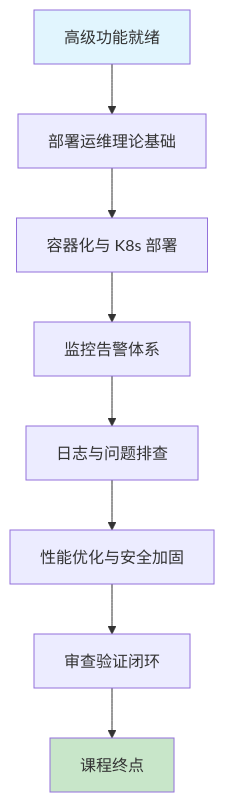
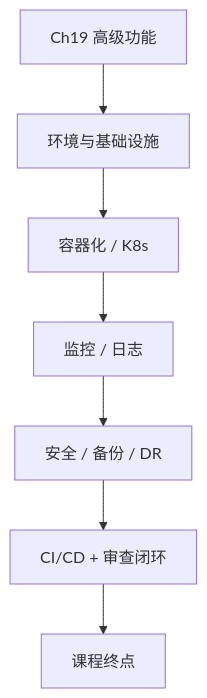
One commit to ForceInjection/AI-fundamentals changed the diagram in 10_ai_related_course/trae/第五部分-综合项目实战/第二十章-部署运维.md. Above: the diagram before and after it, drawn with Mermaid. The commit also changed other lines of this file and 3 other files, not shown here.

````diff
--- a/10_ai_related_course/trae/第五部分-综合项目实战/第二十章-部署运维.md
+++ b/10_ai_related_course/trae/第五部分-综合项目实战/第二十章-部署运维.md
@@ -9,13 +9,9 @@
 ```mermaid
 graph TD
-    A[高级功能就绪] --> B[部署运维理论基础]
-    B --> C[容器化与 K8s 部署]
-    C --> D[监控告警体系]
-    D --> E[日志与问题排查]
-    E --> F[性能优化与安全加固]
-    F --> G[审查验证闭环]
-    G --> H[课程终点]
-
-    style A fill:#e1f5fe
-    style H fill:#c8e6c9
+    A[Ch19 高级功能] --> B[环境与基础设施]
+    B --> C["容器化 / K8s"]
+    C --> D["监控 / 日志"]
+    D --> E["安全 / 备份 / DR"]
+    E --> F["CI/CD + 审查闭环"]
+    F --> G[课程终点]
 ```
````
